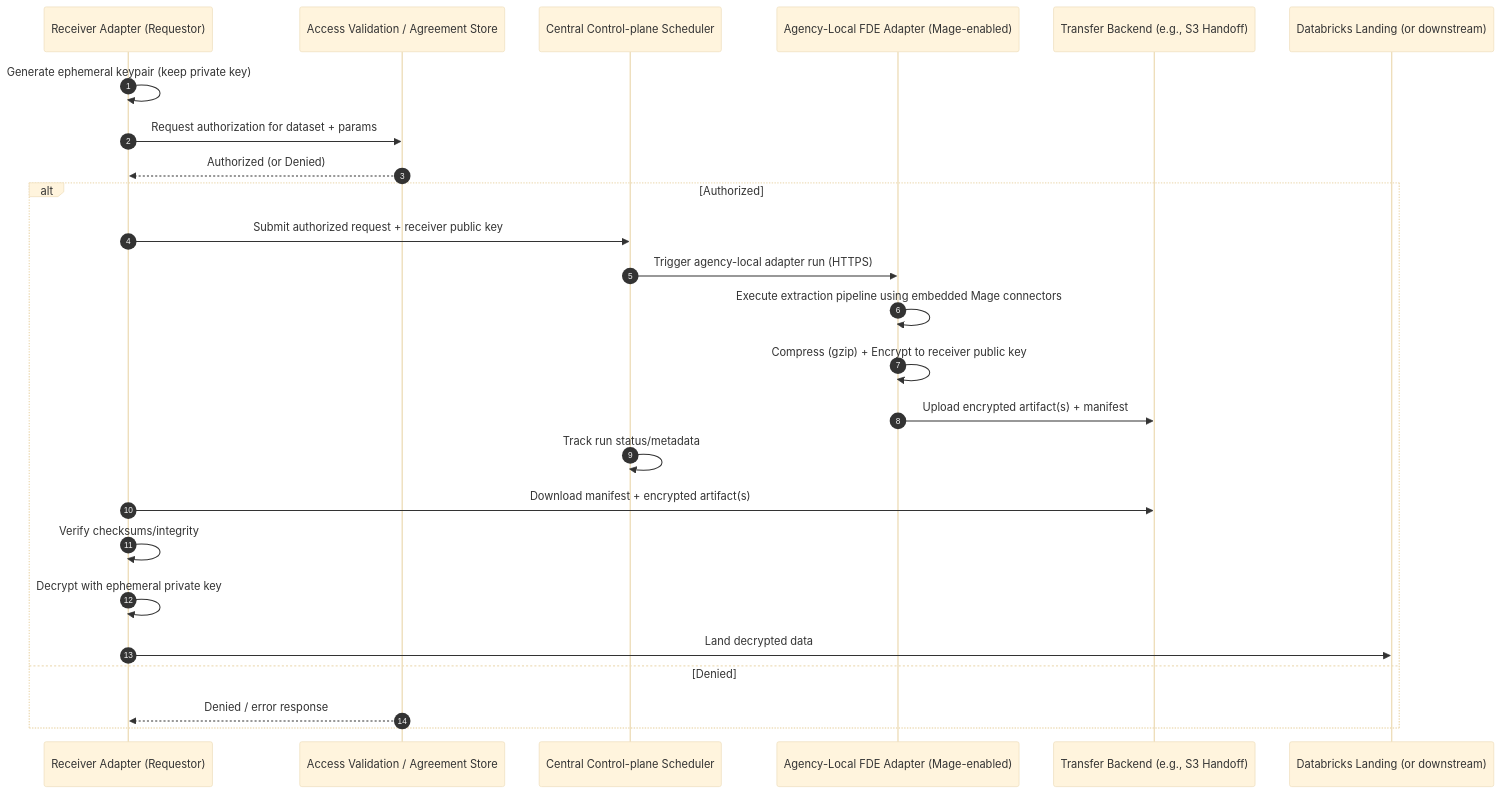
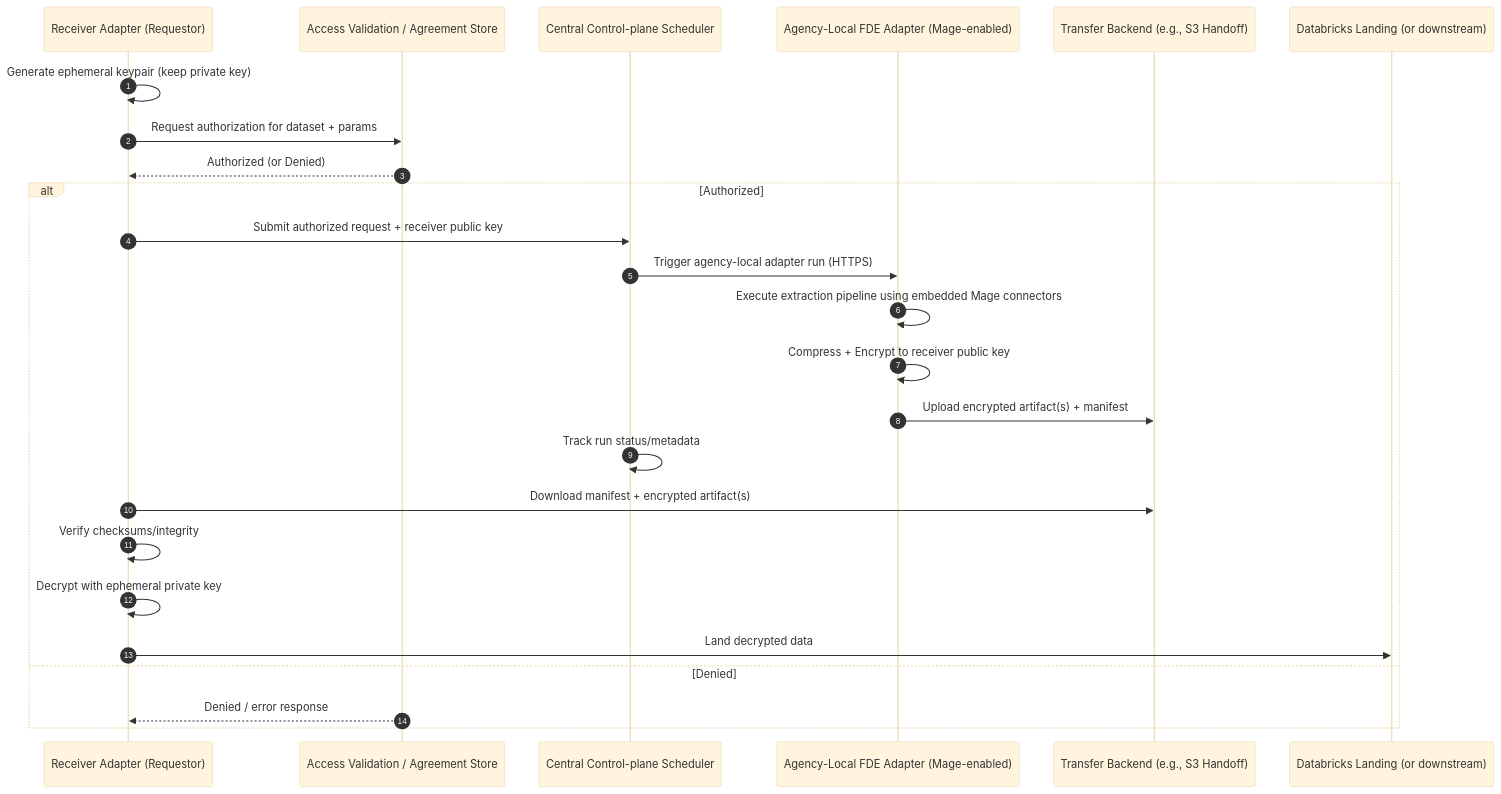
Before and after one commit to GSA-TTS/TTSE-Redwood: the third of 8 diagrams in docs/adr/0001-fde-architecture-diagrams.md, drawn with Mermaid (base theme). The commit also changed other lines of this file and 1 other file, not shown here.

First line of the commit message:
WIP: docs(dfd): Initial data flow representation dfd(v001)

````diff
--- a/docs/adr/0001-fde-architecture-diagrams.md
+++ b/docs/adr/0001-fde-architecture-diagrams.md
@@ -63,29 +63,29 @@
 ```mermaid
 sequenceDiagram
   autonumber
   participant R as Receiver Adapter (Requestor)
   participant AV as Access Validation / Agreement Store
   participant CP as Central Control-plane Scheduler
   participant A as Agency-Local FDE Adapter (Mage-enabled)
   participant T as Transfer Backend (e.g., S3 Handoff)
   participant D as Databricks Landing (or downstream)
 
   R->>R: Generate ephemeral keypair (keep private key)
   R->>AV: Request authorization for dataset + params
   AV-->>R: Authorized (or Denied)
 
   alt Authorized
     R->>CP: Submit authorized request + receiver public key
     CP->>A: Trigger agency-local adapter run (HTTPS)
     A->>A: Execute extraction pipeline using embedded Mage connectors
-    A->>A: Compress (gzip) + Encrypt to receiver public key
+    A->>A: Compress + Encrypt to receiver public key
     A->>T: Upload encrypted artifact(s) + manifest
     CP->>CP: Track run status/metadata
     R->>T: Download manifest + encrypted artifact(s)
     R->>R: Verify checksums/integrity
     R->>R: Decrypt with ephemeral private key
     R->>D: Land decrypted data
   else Denied
     AV-->>R: Denied / error response
   end
 ```
````
